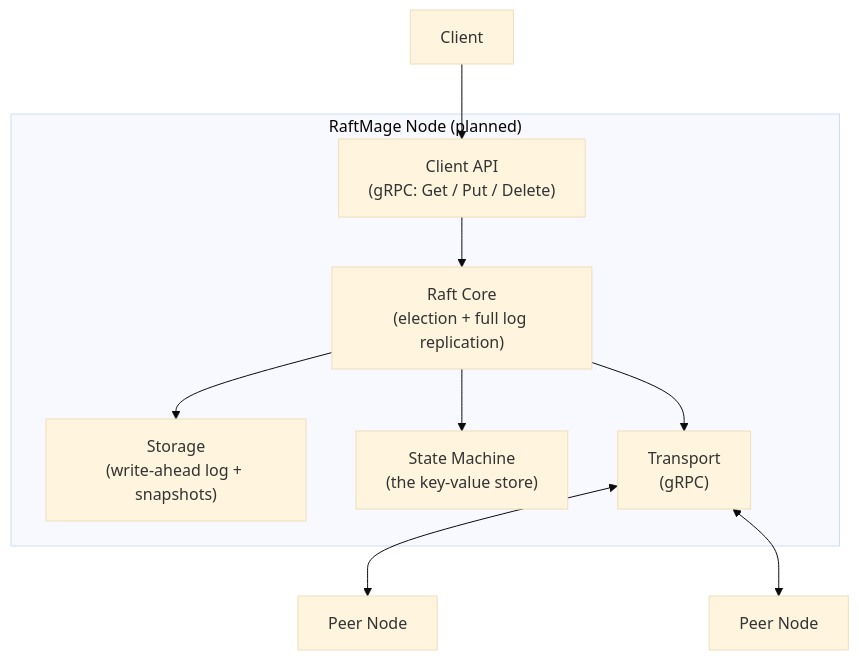
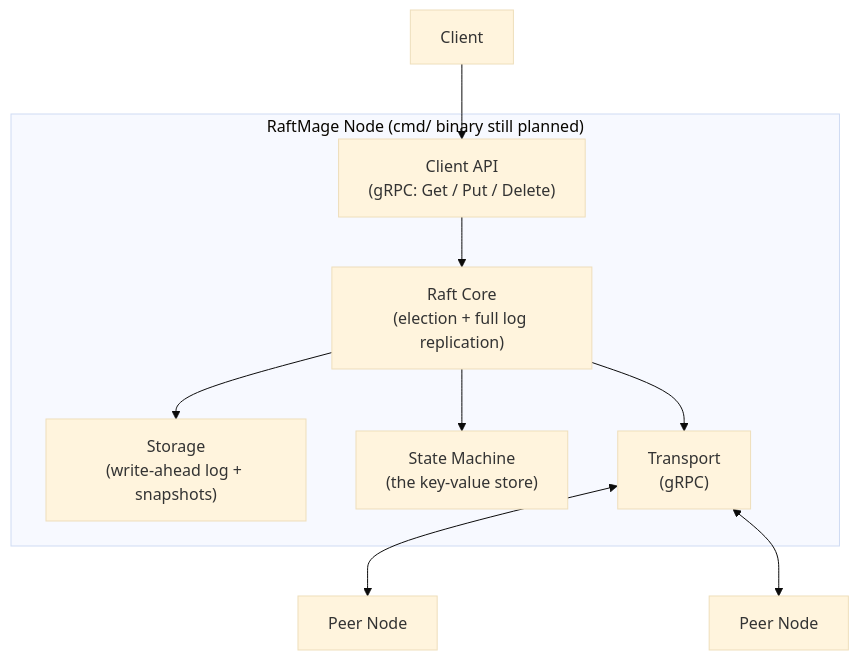
The second of 2 diagrams in README.md (KayBee1880/RaftMage), drawn with Mermaid (base theme) before and after one commit. The commit also changed other lines of this file and 1 other file, not shown here.

````diff
--- a/README.md
+++ b/README.md
@@ -84,19 +90,19 @@
 ```mermaid
 graph TB
     Client["Client"]
-    subgraph Node["RaftMage Node (planned)"]
+    subgraph Node["RaftMage Node (cmd/ binary still planned)"]
         API["Client API<br/>(gRPC: Get / Put / Delete)"]
         Raft["Raft Core<br/>(election + full log replication)"]
         Storage["Storage<br/>(write-ahead log + snapshots)"]
         SM["State Machine<br/>(the key-value store)"]
         Transport["Transport<br/>(gRPC)"]
     end
     Peer1["Peer Node"]
     Peer2["Peer Node"]
     Client --> API --> Raft
     Raft --> Storage
     Raft --> SM
     Raft --> Transport
     Transport <--> Peer1
     Transport <--> Peer2
 ```
````
